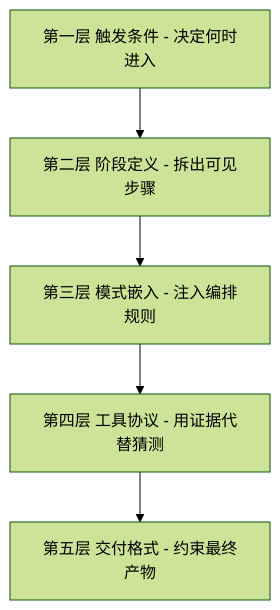
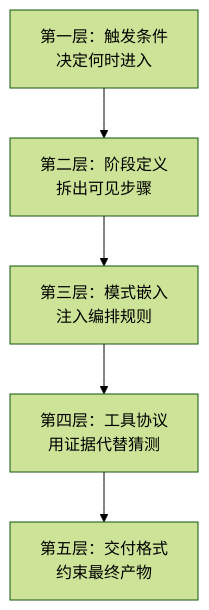
Before and after one commit to sulifreely/hannah: the ninth of 13 diagrams in src/content/blog/soft-orchestration-in-skills.md, drawn with Mermaid (forest theme). The commit also changed other lines of this file and 20 other files, not shown here.

Commit message:
chore: rewrite diagrams

````diff
--- a/src/content/blog/soft-orchestration-in-skills.md
+++ b/src/content/blog/soft-orchestration-in-skills.md
@@ -518,12 +519,12 @@
 ```mermaid
 flowchart TD
-    L1[第一层 触发条件 - 决定何时进入]
-    L2[第二层 阶段定义 - 拆出可见步骤]
-    L3[第三层 模式嵌入 - 注入编排规则]
-    L4[第四层 工具协议 - 用证据代替猜测]
-    L5[第五层 交付格式 - 约束最终产物]
+    L1["第一层：触发条件<br/>决定何时进入"]
+    L2["第二层：阶段定义<br/>拆出可见步骤"]
+    L3["第三层：模式嵌入<br/>注入编排规则"]
+    L4["第四层：工具协议<br/>用证据代替猜测"]
+    L5["第五层：交付格式<br/>约束最终产物"]
     L1 --> L2
     L2 --> L3
     L3 --> L4
     L4 --> L5
 ```
````
